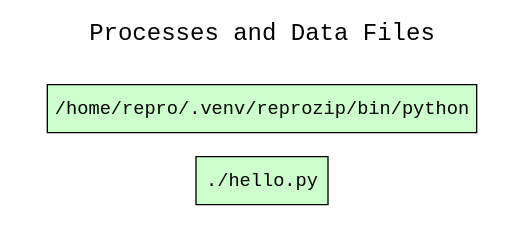
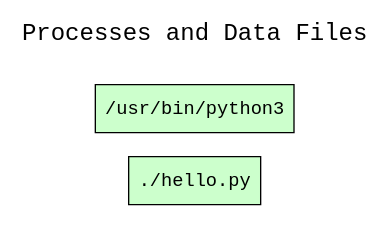
One commit to CIRSS/cpr changed the diagram in examples/06-hello-python/graphs.d/wt_processes_and_data_files.dot. Above: the diagram before and after it, drawn with Graphviz. The commit also changed 36 other files, not shown here.

```diff
--- a/examples/06-hello-python/graphs.d/wt_processes_and_data_files.dot
+++ b/examples/06-hello-python/graphs.d/wt_processes_and_data_files.dot
@@ -1,13 +1,13 @@
 
 digraph wt_run {
 rankdir=LR
 fontname=Courier; fontsize=18; labelloc=t
 label="Processes and Data Files"
 subgraph cluster_inputs { label=""; color=white; penwidth=0
 subgraph cluster_inputs_inner { label=""; color=white
 node[shape=box style="filled" fillcolor="#CCFFCC" peripheries=1 fontname=Courier]
-"exe:e3" [label="/home/repro/.venv/reprozip/bin/python"]
+"exe:e3" [label="/usr/bin/python3"]
 "exe:e2" [label="./hello.py"]
 node[shape=box style="rounded,filled" fillcolor="#FFFFCC" peripheries=1 fontname=Helvetica]
 }}
 }
```
